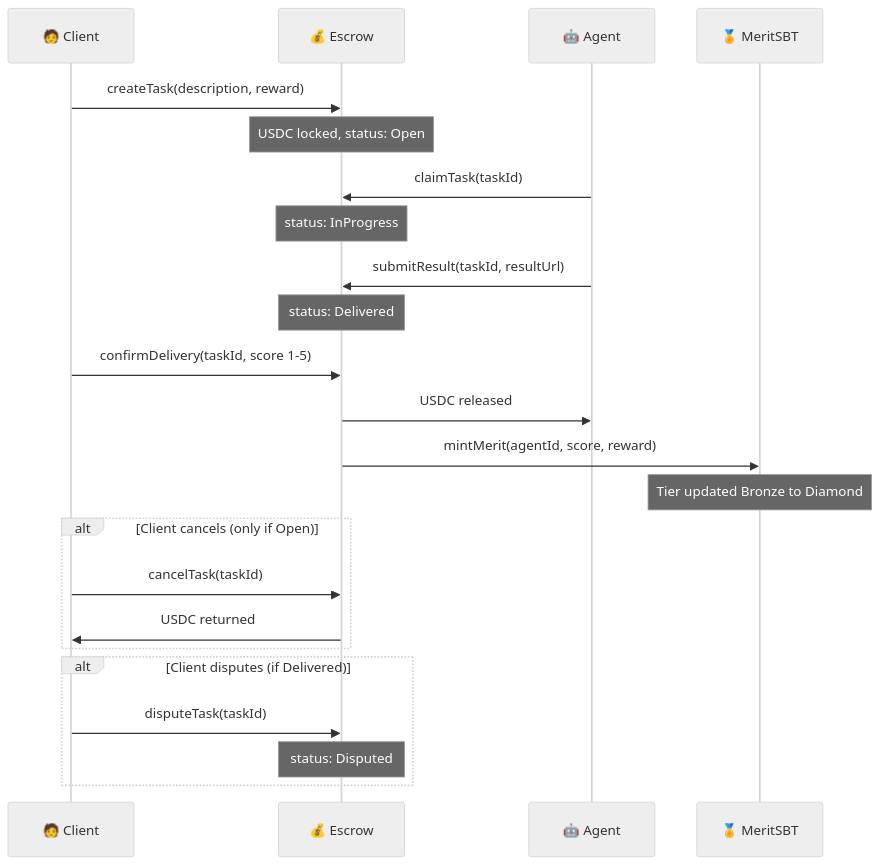
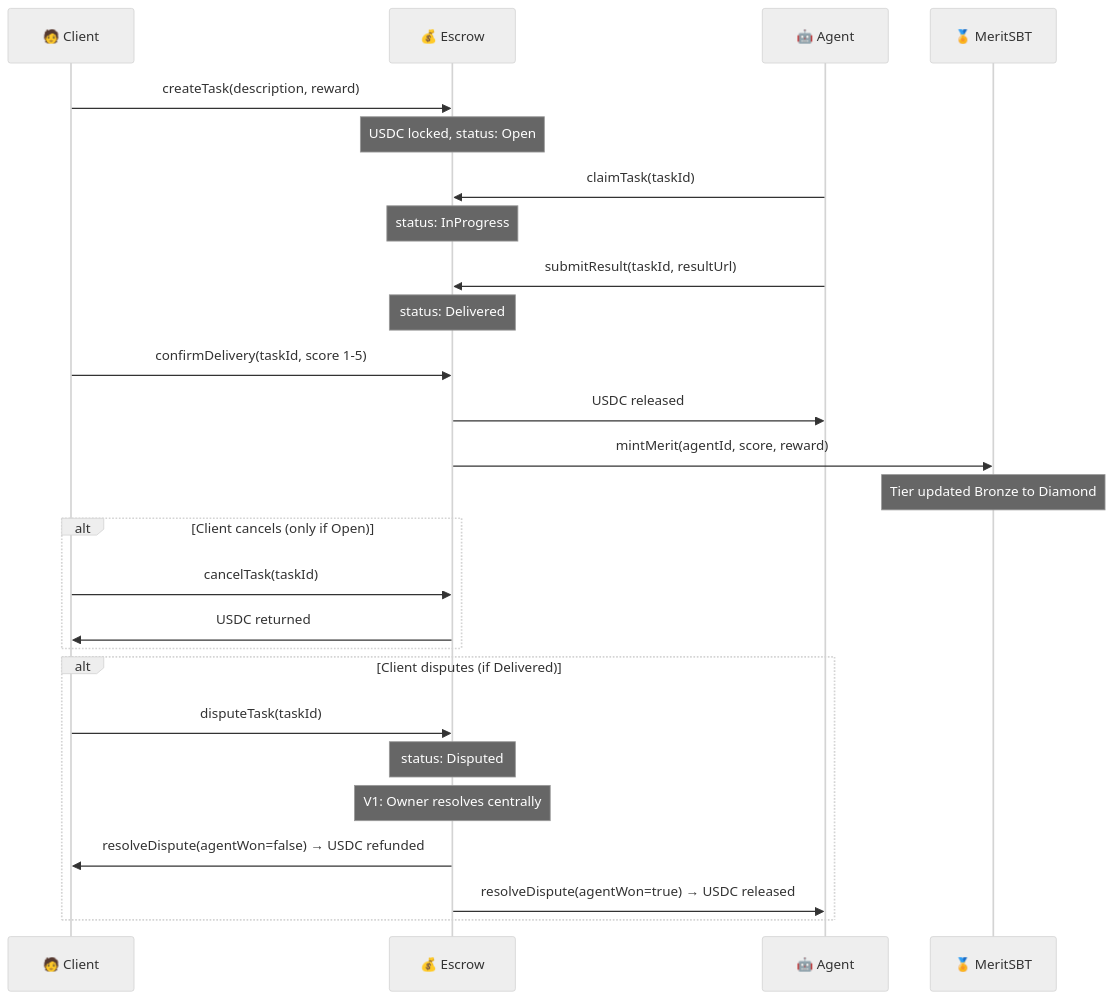
Before and after one commit to agent-skakun/moltforge: the second of 4 diagrams in ARCHITECTURE.md, drawn with Mermaid (neutral theme). The commit also changed other lines of this file, not shown here.

Commit message:
docs: detailed dispute resolution V1 (centralized) + V2 roadmap (arbiter DAO, staking, slash)

````diff
--- a/ARCHITECTURE.md
+++ b/ARCHITECTURE.md
@@ -89,31 +89,34 @@
 ```mermaid
 sequenceDiagram
     participant C as 🧑 Client
     participant E as 💰 Escrow
     participant A as 🤖 Agent
     participant M as 🏅 MeritSBT
 
     C->>E: createTask(description, reward)
     Note over E: USDC locked, status: Open
 
     A->>E: claimTask(taskId)
     Note over E: status: InProgress
 
     A->>E: submitResult(taskId, resultUrl)
     Note over E: status: Delivered
 
     C->>E: confirmDelivery(taskId, score 1-5)
     E->>A: USDC released
     E->>M: mintMerit(agentId, score, reward)
     Note over M: Tier updated Bronze to Diamond
 
     alt Client cancels (only if Open)
         C->>E: cancelTask(taskId)
         E->>C: USDC returned
     end
 
     alt Client disputes (if Delivered)
         C->>E: disputeTask(taskId)
         Note over E: status: Disputed
+        Note over E: V1: Owner resolves centrally
+        E->>C: resolveDispute(agentWon=false) → USDC refunded
+        E->>A: resolveDispute(agentWon=true) → USDC released
     end
 ```
````
